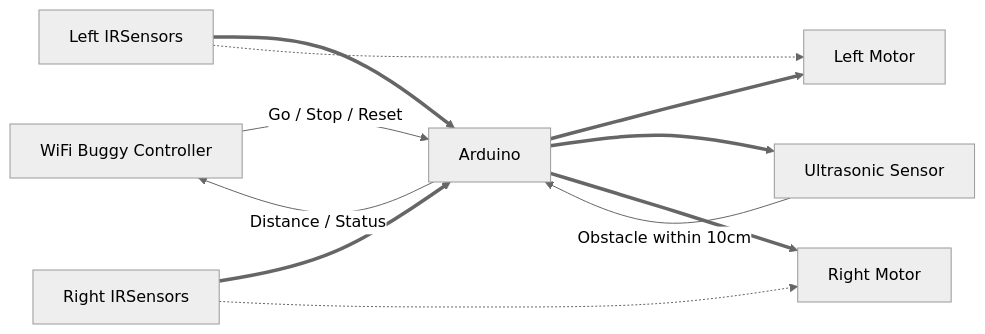
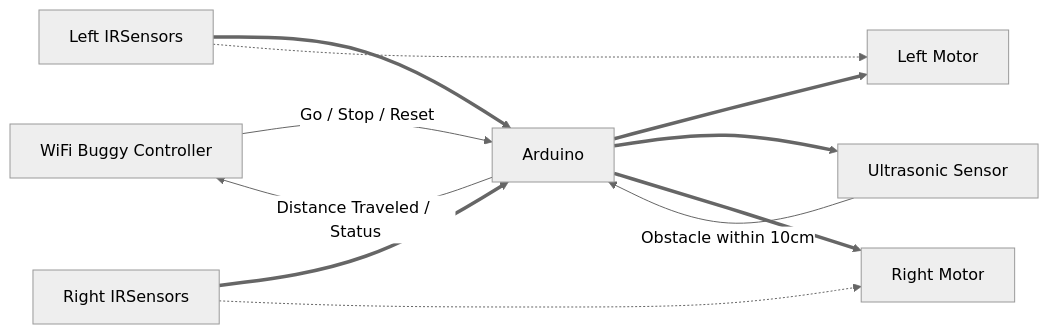
Before and after one commit to Reuben-Colman/2E10_BuggyCodeBase: the diagram in Bronze Code/DomainModel.md, drawn with Mermaid (neutral theme).

````diff
--- a/Bronze Code/DomainModel.md
+++ b/Bronze Code/DomainModel.md
@@ -1,15 +1,15 @@
 ```mermaid
 flowchart LR
   A[WiFi Buggy Controller] -- Go / Stop / Reset --> C[Arduino]
-  C -- Distance / Status --> A
+  C -- Distance Traveled / Status --> A
 
   C ==> D[Left Motor]
   E[Right IRSensors] ==> C
   G[Left IRSensors] ==> C
   C ==> F[Ultrasonic Sensor]
   C ==> B[Right Motor]
 
   F -- Obstacle within 10cm --> C
   E -.-> B
   G -.-> D
 ```
````
